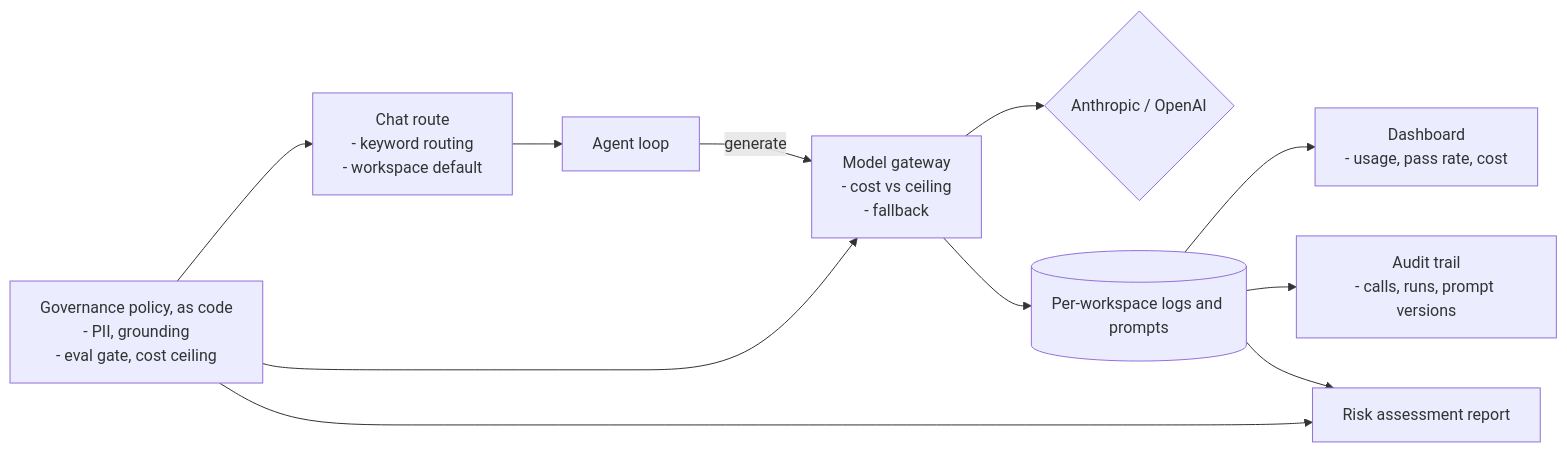
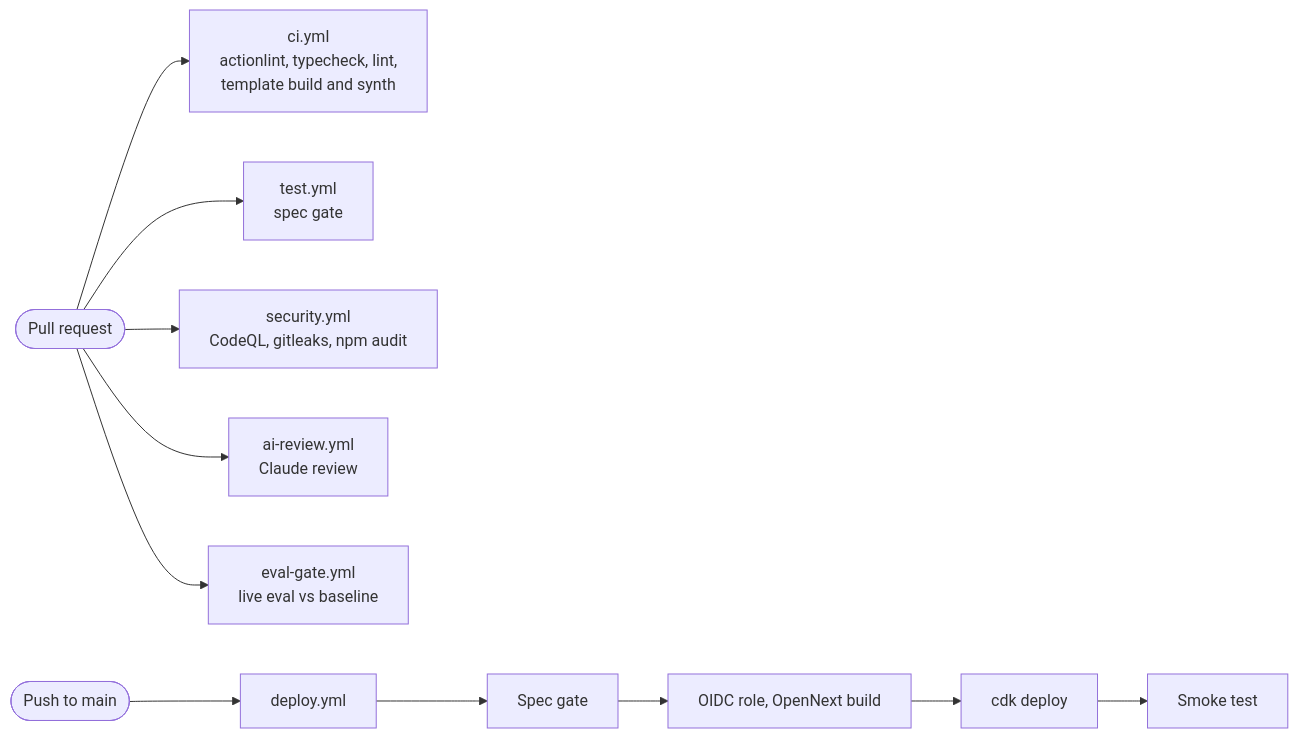
The seventh of 7 diagrams in README.md (elleskay/ai-tax-assistant-platform), drawn with Mermaid before and after one commit. The commit also changed other lines of this file, not shown here.

````diff
--- a/README.md
+++ b/README.md
@@ -206,22 +394,21 @@
 ```mermaid
 flowchart LR
-  API["Chat route<br/>- keyword routing<br/>- workspace default"]
-  Agent["Agent loop"]
-  GW["Model gateway<br/>- cost vs ceiling<br/>- fallback"]
-  Prov{"Anthropic / OpenAI"}
-  Store[("Per-workspace logs and prompts")]
-  Policy["Governance policy, as code<br/>- PII, grounding<br/>- eval gate, cost ceiling"]
-  Dash["Dashboard<br/>- usage, pass rate, cost"]
-  Audit["Audit trail<br/>- calls, runs, prompt versions"]
-  Report["Risk assessment report"]
-  API --> Agent
-  Agent -->|generate| GW
-  GW --> Prov
-  GW --> Store
-  Policy --> API
-  Policy --> GW
-  Store --> Dash
-  Store --> Audit
-  Policy --> Report
-  Store --> Report
+  PR(["Pull request"])
+  Push(["Push to main"])
+  CI["ci.yml<br/>actionlint, typecheck, lint,<br/>template build and synth"]
+  Test["test.yml<br/>spec gate"]
+  Sec["security.yml<br/>CodeQL, gitleaks, npm audit"]
+  Rev["ai-review.yml<br/>Claude review"]
+  Evl["eval-gate.yml<br/>live eval vs baseline"]
+  Dep["deploy.yml"]
+  Gate["Spec gate"]
+  Build["OIDC role, OpenNext build"]
+  Cdk["cdk deploy"]
+  Smoke["Smoke test"]
+  PR --> CI
+  PR --> Test
+  PR --> Sec
+  PR --> Rev
+  PR --> Evl
+  Push --> Dep --> Gate --> Build --> Cdk --> Smoke
 ```
````
